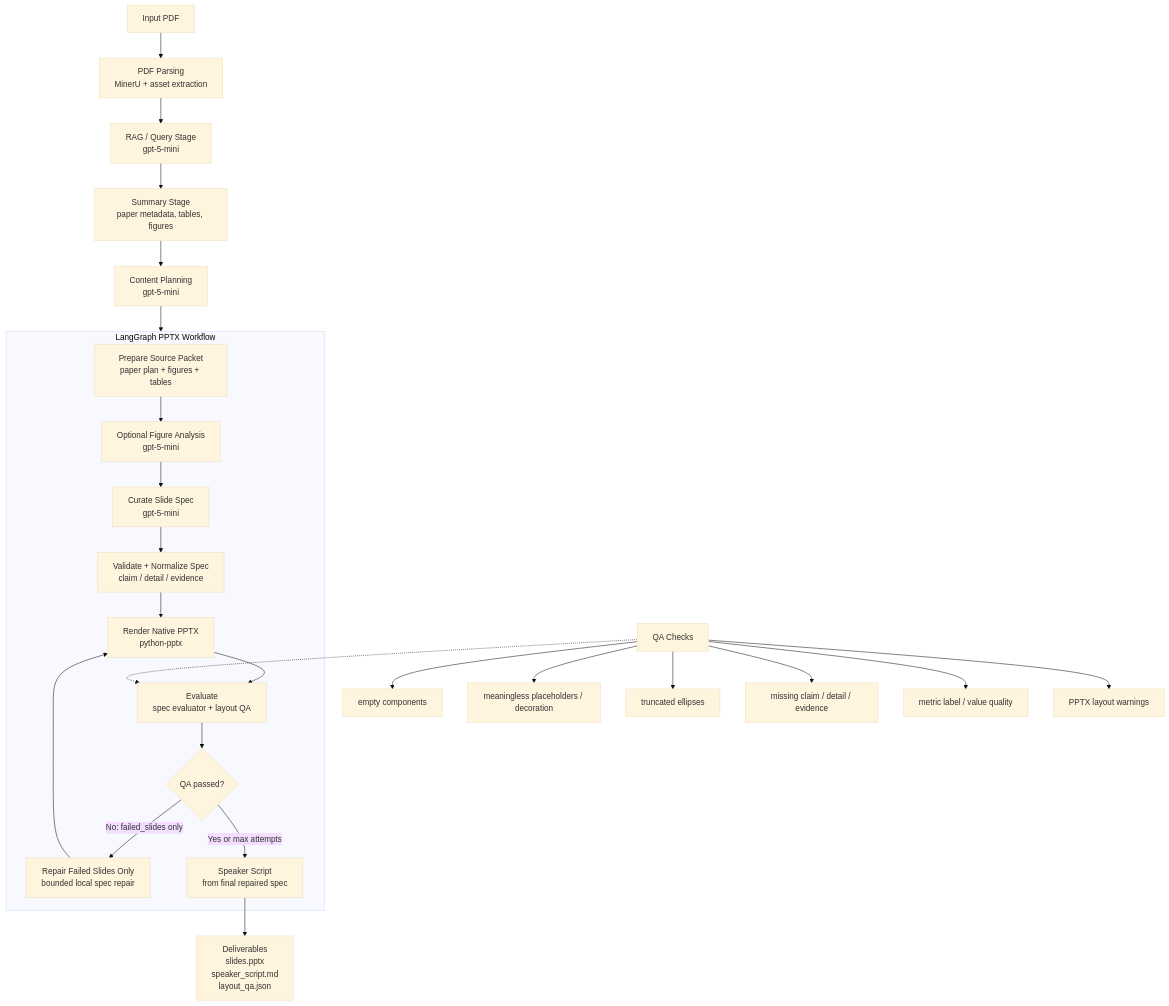
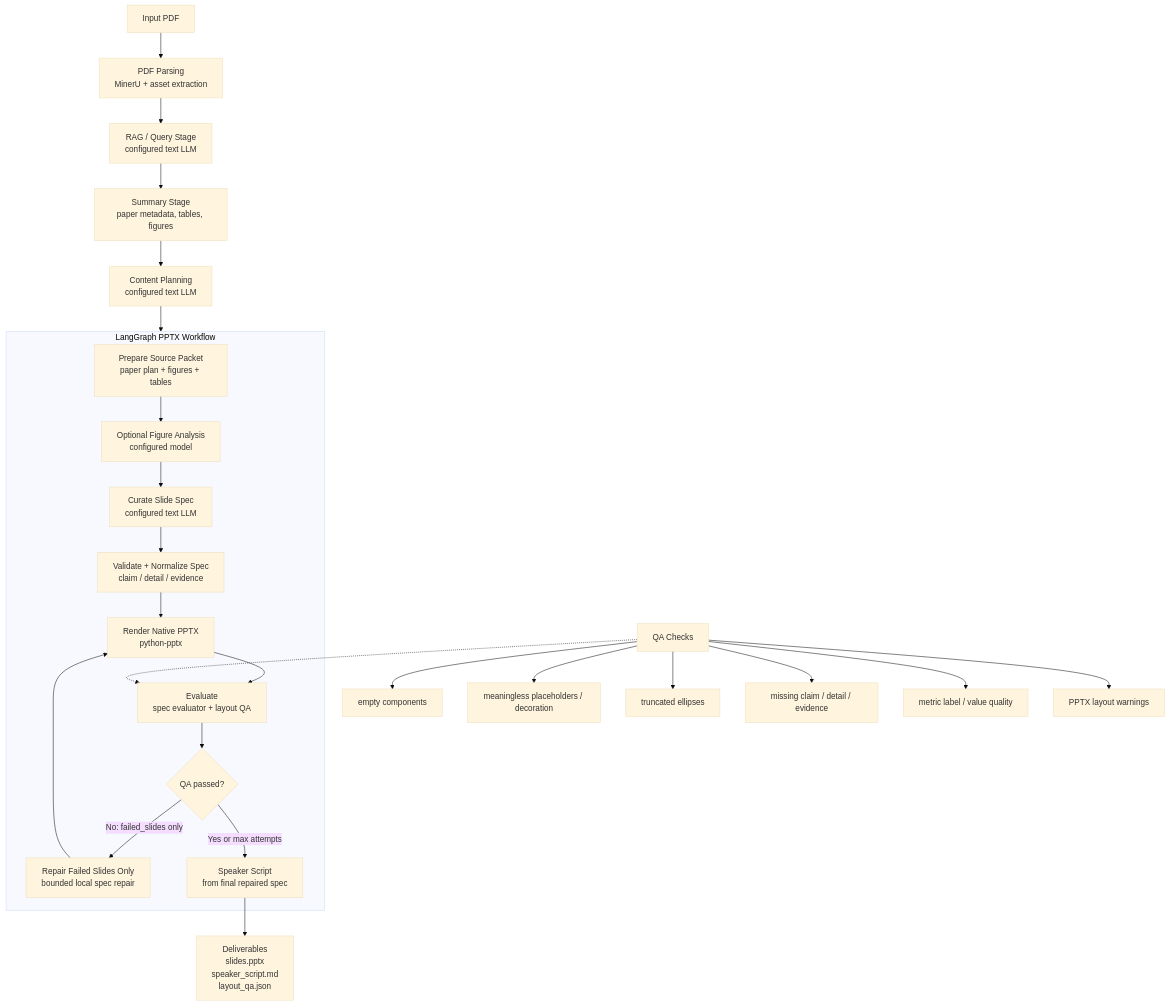
One commit to celestial-micha/paper2ppt changed the diagram in docs/agent_workflow.md. Above: the diagram before and after it, drawn with Mermaid (base theme). The commit also changed other lines of this file and 18 other files, not shown here.

````diff
--- a/docs/agent_workflow.md
+++ b/docs/agent_workflow.md
@@ -15,35 +15,35 @@
 ```mermaid
 flowchart TD
     A["Input PDF"] --> B["PDF Parsing<br/>MinerU + asset extraction"]
-    B --> C["RAG / Query Stage<br/>gpt-5-mini"]
+    B --> C["RAG / Query Stage<br/>configured text LLM"]
     C --> D["Summary Stage<br/>paper metadata, tables, figures"]
-    D --> E["Content Planning<br/>gpt-5-mini"]
+    D --> E["Content Planning<br/>configured text LLM"]
 
     E --> F["LangGraph PPTX Workflow"]
 
     subgraph F["LangGraph PPTX Workflow"]
         F1["Prepare Source Packet<br/>paper plan + figures + tables"]
-        F2["Optional Figure Analysis<br/>gpt-5-mini"]
-        F3["Curate Slide Spec<br/>gpt-5-mini"]
+        F2["Optional Figure Analysis<br/>configured model"]
+        F3["Curate Slide Spec<br/>configured text LLM"]
         F4["Validate + Normalize Spec<br/>claim / detail / evidence"]
         F5["Render Native PPTX<br/>python-pptx"]
         F6["Evaluate<br/>spec evaluator + layout QA"]
         F7{"QA passed?"}
         F8["Repair Failed Slides Only<br/>bounded local spec repair"]
         F9["Speaker Script<br/>from final repaired spec"]
 
         F1 --> F2 --> F3 --> F4 --> F5 --> F6 --> F7
         F7 -- "No: failed_slides only" --> F8 --> F5
         F7 -- "Yes or max attempts" --> F9
     end
 
     F9 --> G["Deliverables<br/>slides.pptx<br/>speaker_script.md<br/>layout_qa.json"]
 
     H["QA Checks"] -.-> F6
     H --> H1["empty components"]
     H --> H2["meaningless placeholders / decoration"]
     H --> H3["truncated ellipses"]
     H --> H4["missing claim / detail / evidence"]
     H --> H5["metric label / value quality"]
     H --> H6["PPTX layout warnings"]
 ```
````
